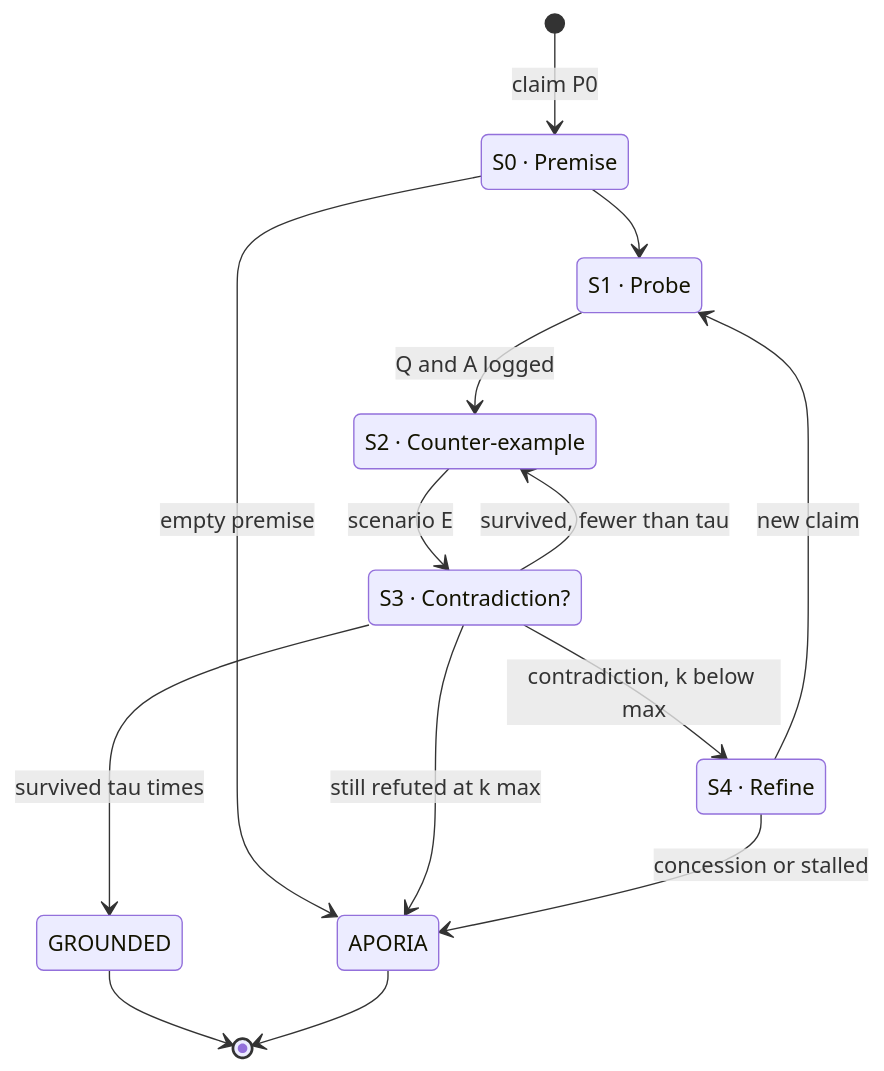
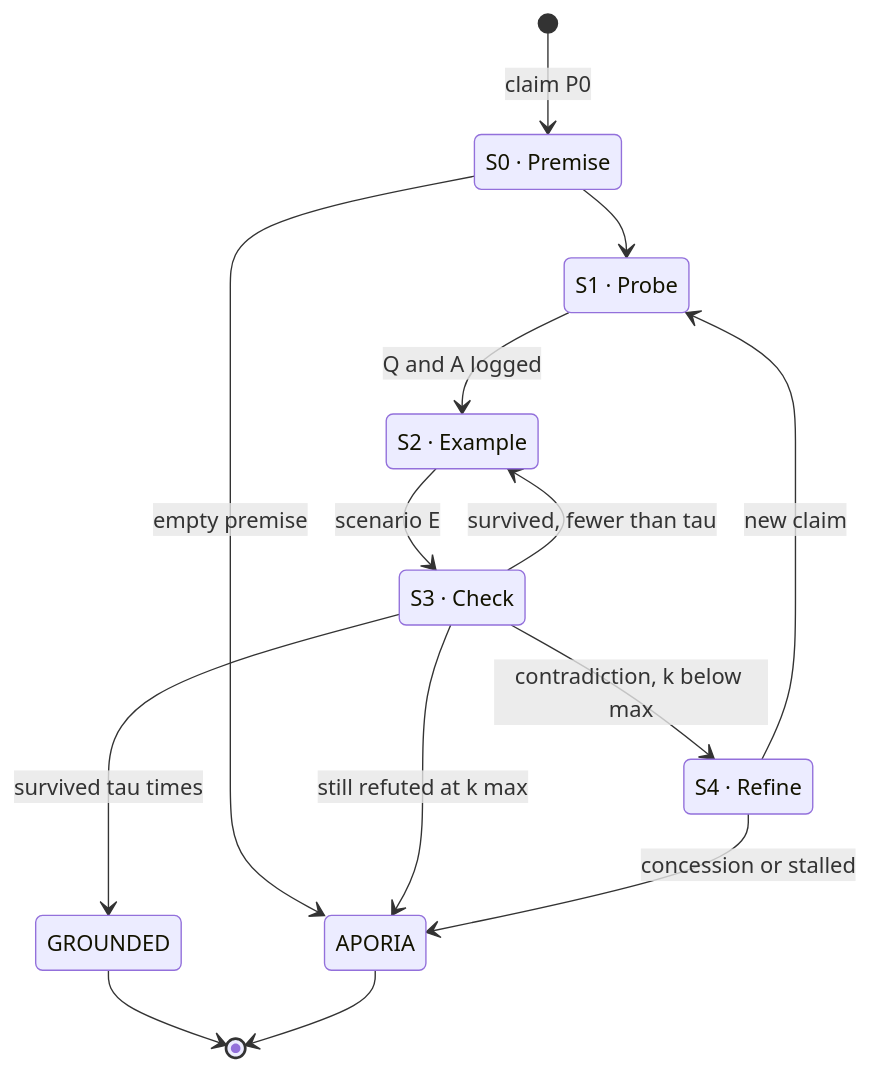
One commit to ankitkumarbyte/squadron-shannon-mission-01 changed the diagram in 02_Socratic_Protocol_Map.md. Above: the diagram before and after it, drawn with Mermaid. The commit also changed 1 other file, not shown here.

Commit message:
Fix clipped diagram labels; README test count

````diff
--- a/02_Socratic_Protocol_Map.md
+++ b/02_Socratic_Protocol_Map.md
@@ -33,23 +33,23 @@
 ```mermaid
 stateDiagram-v2
     state "S0 · Premise" as S0
     state "S1 · Probe" as S1
-    state "S2 · Counter-example" as S2
-    state "S3 · Contradiction?" as S3
+    state "S2 · Example" as S2
+    state "S3 · Check" as S3
     state "S4 · Refine" as S4
     state "GROUNDED" as G
     state "APORIA" as A
     [*] --> S0 : claim P0
     S0 --> A : empty premise
     S0 --> S1
     S1 --> S2 : Q and A logged
     S2 --> S3 : scenario E
     S3 --> S4 : contradiction, k below max
     S3 --> S2 : survived, fewer than tau
     S3 --> G : survived tau times
     S3 --> A : still refuted at k max
     S4 --> S1 : new claim
     S4 --> A : concession or stalled
     G --> [*]
     A --> [*]
 ```
````
